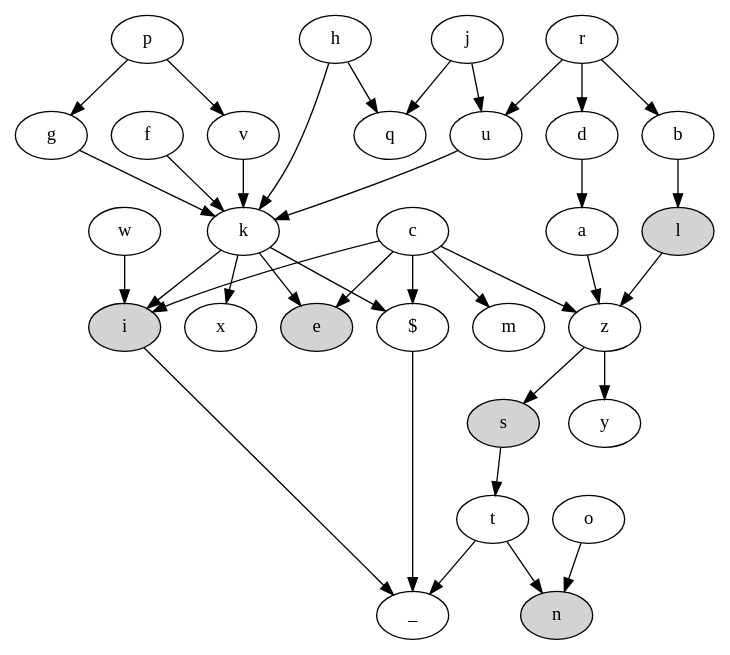
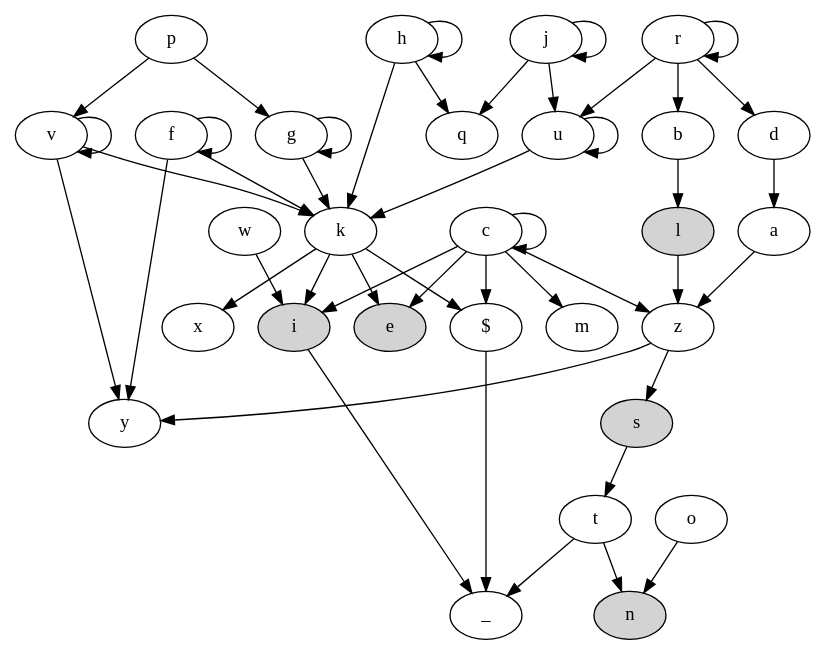
Before and after one commit to dovca/fp-js: the diagram in dependencies.dot, drawn with Graphviz. The commit also changed 1 other file, not shown here.

Commit message:
Update dependency graph code

```diff
--- a/dependencies.dot
+++ b/dependencies.dot
@@ -1,44 +1,46 @@
 digraph dependencies {
 
     n [style=filled];
     i [style=filled];
     s [style=filled];
     e [style=filled];
     l [style=filled];
 
     "$" -> _;
     t -> n;
     t -> _;
     i -> _;
     w -> i;
     o -> n;
     s -> t;
     z -> s;
     z -> y;
     a -> z;
     d -> a;
-    c -> z;
+    c -> c -> z;
     c -> e;
     c -> i;
     c -> "$";
     c -> m;
     l -> z;
     b -> l;
     k -> i;
     k -> "$";
     k -> e;
     k -> x;
-    g -> k;
-    v -> k;
-    f -> k;
+    g -> g -> k;
+    v -> v -> k;
+    v -> y;
+    f -> f -> k;
+    f -> y;
     p -> g;
     p -> v;
-    u -> k;
-    j -> u;
+    u -> u -> k;
+    j -> j -> u;
     j -> q;
-    r -> d;
+    r -> r -> d;
     r -> u;
     r -> b;
-    h -> k;
+    h -> h -> k;
     h -> q;
 }
```
